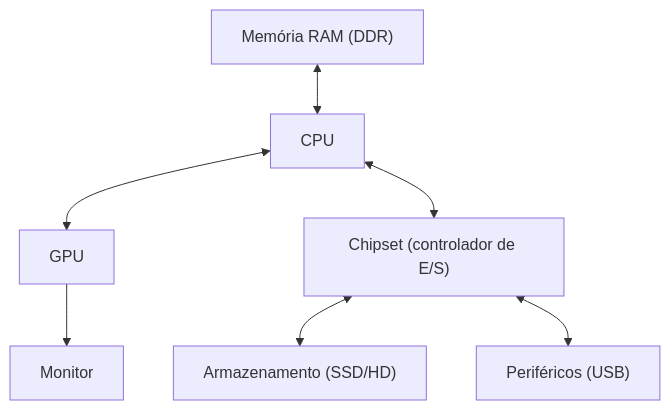
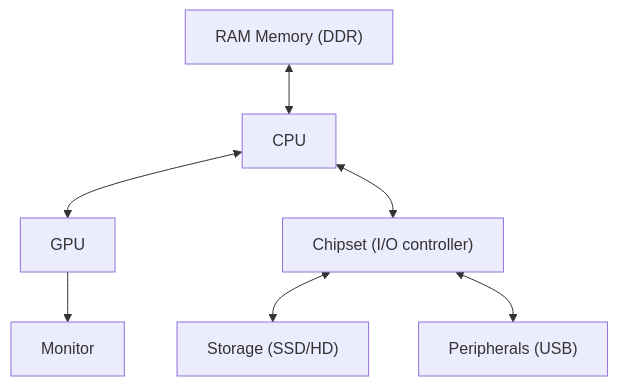
Before and after one commit to jhonatanTeixeira/mimas-saturn-emulator: the fourth of 16 diagrams in docs/first_architectural_draft.md, drawn with Mermaid. The commit also changed other lines of this file and 2 other files, not shown here.

First line of the commit message:
Translate architecture planning docs to English

````diff
--- a/docs/first_architectural_draft.md
+++ b/docs/first_architectural_draft.md
@@ -55,9 +55,9 @@
 ```mermaid
 graph TD
-    RAM["Memória RAM (DDR)"] <--> CPU
+    RAM["RAM Memory (DDR)"] <--> CPU
     CPU <--> GPU
-    CPU <--> Chipset["Chipset (controlador de E/S)"]
-    Chipset <--> Disco["Armazenamento (SSD/HD)"]
-    Chipset <--> Perif["Periféricos (USB)"]
+    CPU <--> Chipset["Chipset (I/O controller)"]
+    Chipset <--> Storage["Storage (SSD/HD)"]
+    Chipset <--> Perif["Peripherals (USB)"]
     GPU --> Monitor
 ```
````
